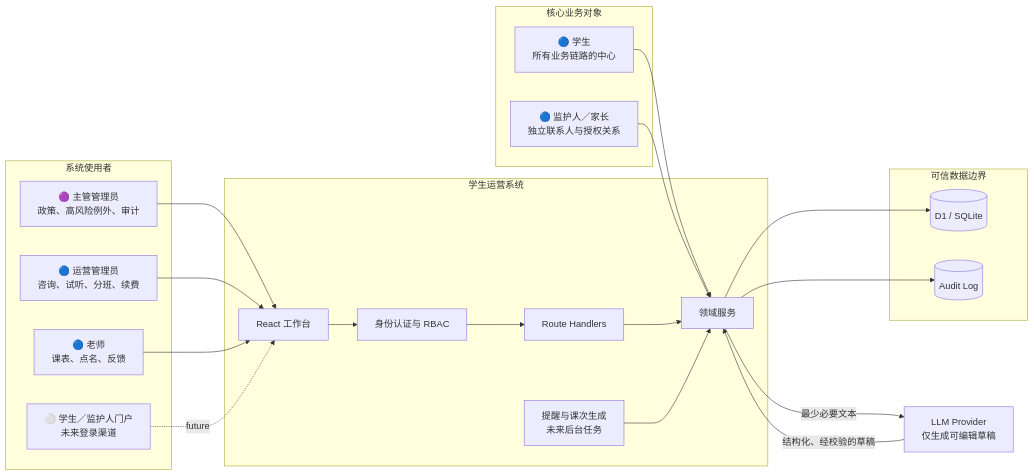
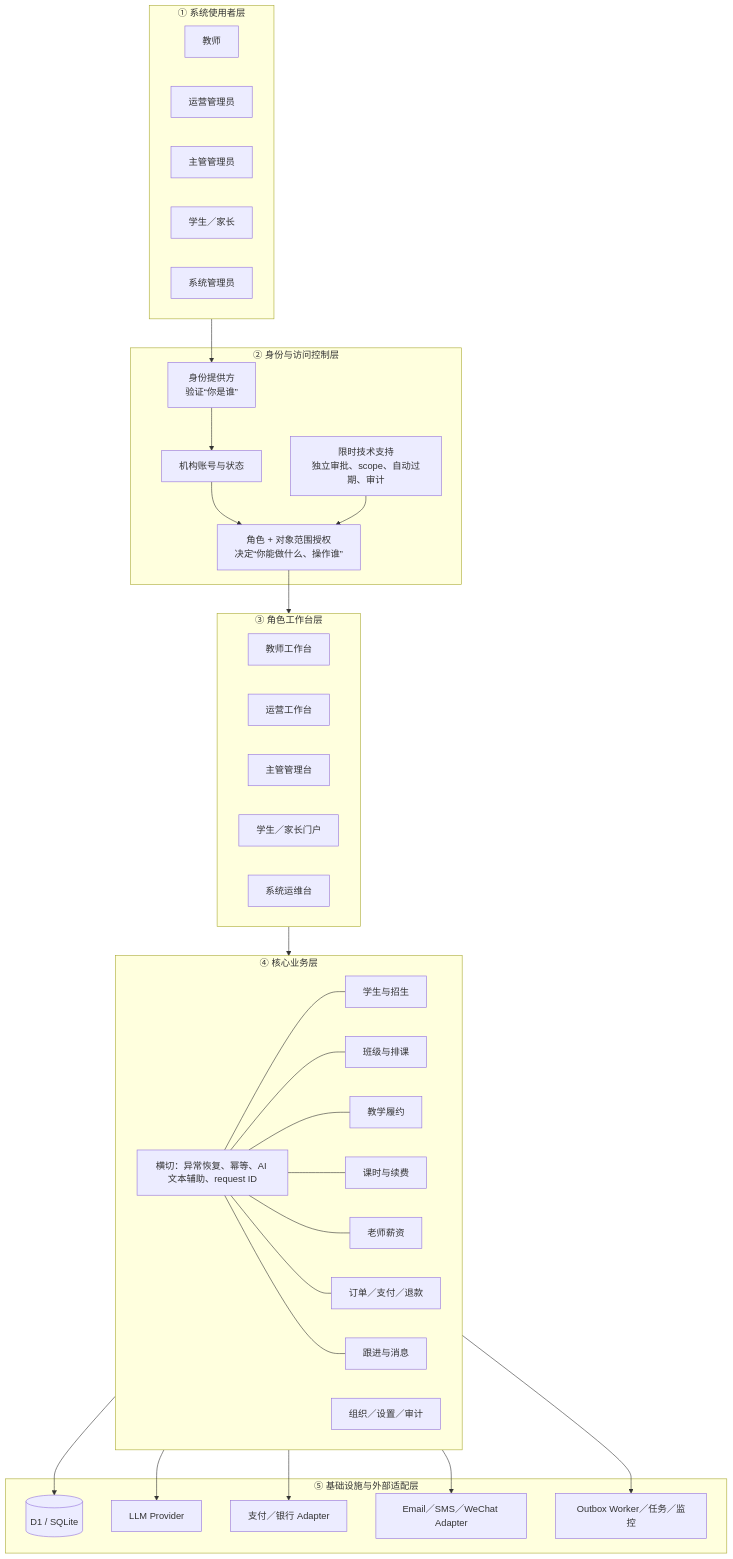
Before and after one commit to MadMax3366/Austin_homework: the first of 6 diagrams in ARCHITECTURE.md, drawn with Mermaid. The commit also changed other lines of this file and 4 other files, not shown here.

Commit message:
docs: document full architecture demo and validation

````diff
--- a/ARCHITECTURE.md
+++ b/ARCHITECTURE.md
@@ -17,42 +7,62 @@
 ```mermaid
-flowchart LR
-  subgraph People[系统使用者]
-    Manager[🟣 主管管理员<br/>政策、高风险例外、审计]
-    Admin[🔵 运营管理员<br/>咨询、试听、分班、续费]
-    Teacher[🔵 老师<br/>课表、点名、反馈]
-    Portal[⚪ 学生／监护人门户<br/>未来登录渠道]
+flowchart TB
+  subgraph L1[① 系统使用者层]
+    T[教师]
+    O[运营管理员]
+    M[主管管理员]
+    P[学生／家长]
+    S[系统管理员]
   end
 
-  subgraph Objects[核心业务对象]
-    Student[🔵 学生<br/>所有业务链路的中心]
-    Guardian[🔵 监护人／家长<br/>独立联系人与授权关系]
+  subgraph L2[② 身份与访问控制层]
+    IDP[身份提供方<br/>验证“你是谁”]
+    ACCOUNT[机构账号与状态]
+    RBAC[角色 + 对象范围授权<br/>决定“你能做什么、操作谁”]
+    BREAK[限时技术支持<br/>独立审批、scope、自动过期、审计]
   end
 
-  subgraph Product[学生运营系统]
-    Web[React 工作台]
-    Auth[身份认证与 RBAC]
-    API[Route Handlers]
-    Domain[领域服务]
-    Jobs[提醒与课次生成<br/>未来后台任务]
+  subgraph L3[③ 角色工作台层]
+    TW[教师工作台]
+    OW[运营工作台]
+    MW[主管管理台]
+    PW[学生／家长门户]
+    SW[系统运维台]
   end
 
-  subgraph Data[可信数据边界]
-    D1[(D1 / SQLite)]
-    Audit[(Audit Log)]
+  subgraph L4[④ 核心业务层]
+    CRM[学生与招生]
+    SCH[班级与排课]
+    EDU[教学履约]
+    CREDIT[课时与续费]
+    PAYROLL[老师薪资]
+    FIN[订单／支付／退款]
+    MSG[跟进与消息]
+    ORG[组织／设置／审计]
+    CROSS[横切：异常恢复、幂等、AI 文本辅助、request ID]
   end
 
-  LLM[LLM Provider<br/>仅生成可编辑草稿]
+  subgraph L5[⑤ 基础设施与外部适配层]
+    DB[(D1 / SQLite)]
+    LLM[LLM Provider]
+    PAYMENT[支付／银行 Adapter]
+    CHANNEL[Email／SMS／WeChat Adapter]
+    WORKER[Outbox Worker／任务／监控]
+  end
 
-  Manager --> Web
-  Admin --> Web
-  Teacher --> Web
-  Portal -. future .-> Web
-  Student --> Domain
-  Guardian --> Domain
-  Web --> Auth --> API --> Domain
-  Jobs --> Domain
-  Domain --> D1
-  Domain --> Audit
-  Domain -->|最少必要文本| LLM
-  LLM -->|结构化、经校验的草稿| Domain
+  L1 --> IDP --> ACCOUNT --> RBAC
+  RBAC --> L3
+  BREAK --> RBAC
+  L3 --> L4
+  CROSS --- CRM
+  CROSS --- SCH
+  CROSS --- EDU
+  CROSS --- CREDIT
+  CROSS --- PAYROLL
+  CROSS --- FIN
+  CROSS --- MSG
+  L4 --> DB
+  L4 --> LLM
+  L4 --> PAYMENT
+  L4 --> CHANNEL
+  L4 --> WORKER
 ```
````
